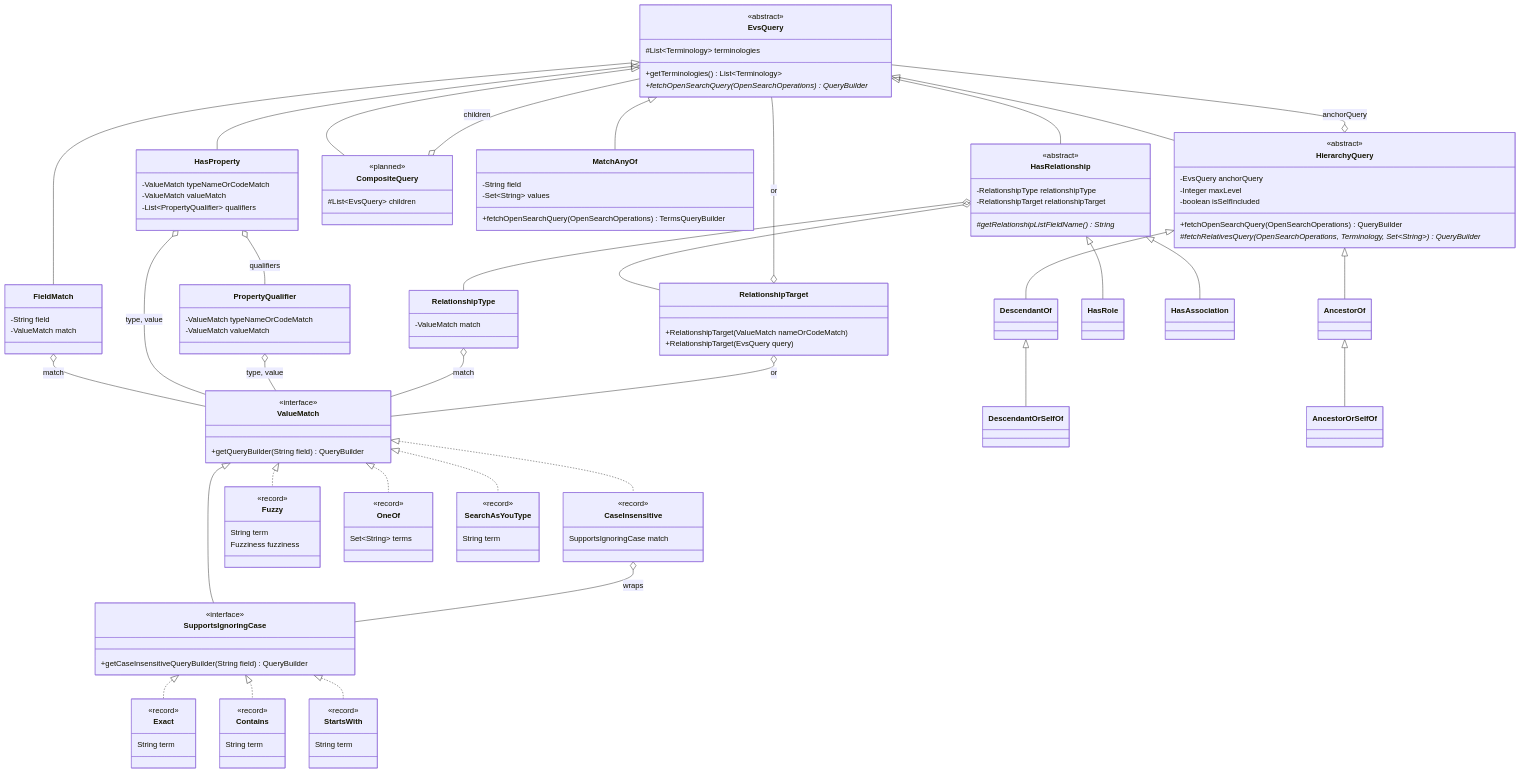
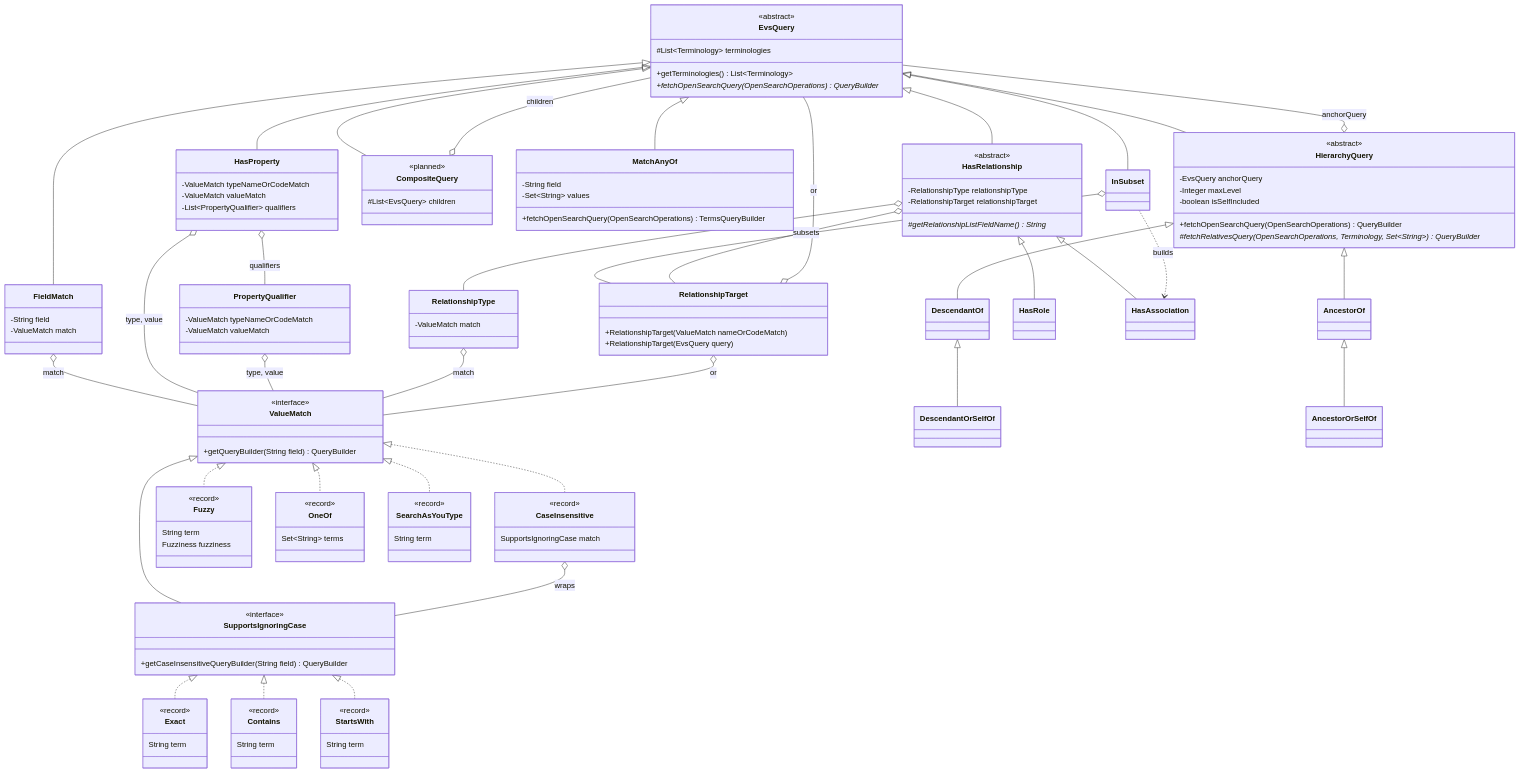
The diagram in src/main/java/gov/nih/nci/evs/api/query/README.md (WestCoastInformatics/evsrestapi), drawn with Mermaid before and after one commit. The commit also changed other lines of this file and 2 other files, not shown here.

Commit message:
Add exploratory InSubset query node for subsets and subset combinations
InSubset is a HasAssociation whose type is the terminology's subset
membership association (subsetMember metadata, A8 in NCIt) and whose
target is the subsets: a code, OneOf codes for any of several, or a query
over the subset concepts, e.g. DescendantOrSelfOf a subset root. All-of
and but-not combine InSubsets per concept, which is correct because each
membership is its own association.

Exploratory: the current search's CDISC grouper special case is left out,
and a whole multi-word subset name can't match exactly because related
names are analyzed text (pinned by a test).

```diff
--- a/src/main/java/gov/nih/nci/evs/api/query/README.md
+++ b/src/main/java/gov/nih/nci/evs/api/query/README.md
@@ -155,6 +155,9 @@
     EvsQuery <|-- CompositeQuery
     HasRelationship <|-- HasRole
     HasRelationship <|-- HasAssociation
+    EvsQuery <|-- InSubset
+    InSubset ..> HasAssociation : builds
+    InSubset o-- RelationshipTarget : subsets
     CompositeQuery o-- EvsQuery : children
     FieldMatch o-- ValueMatch : match
     HasRelationship o-- RelationshipType
```
